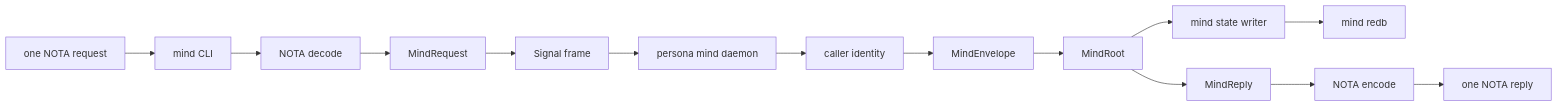
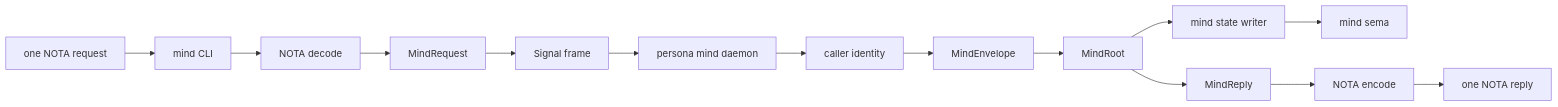
One commit to LiGoldragon/mind changed the first of 6 diagrams in ARCHITECTURE.md. Above: the diagram before and after it, drawn with Mermaid. The commit also changed other lines of this file and 11 other files, not shown here.

Commit message:
mind: depend on sema-engine for storage boundary

````diff
--- a/ARCHITECTURE.md
+++ b/ARCHITECTURE.md
@@ -48,16 +48,16 @@
 ```mermaid
 graph LR
     text[one NOTA request] --> cli[mind CLI]
     cli --> decode[NOTA decode]
     decode --> request[MindRequest]
     request --> frame[Signal frame]
     frame --> daemon[persona mind daemon]
     daemon --> identity[caller identity]
     identity --> envelope[MindEnvelope]
     envelope --> root[MindRoot]
     root --> store[mind state writer]
-    store --> db[mind redb]
+    store --> db[mind sema]
     root --> reply[MindReply]
     reply --> encode[NOTA encode]
     encode --> text_reply[one NOTA reply]
 ```
````
